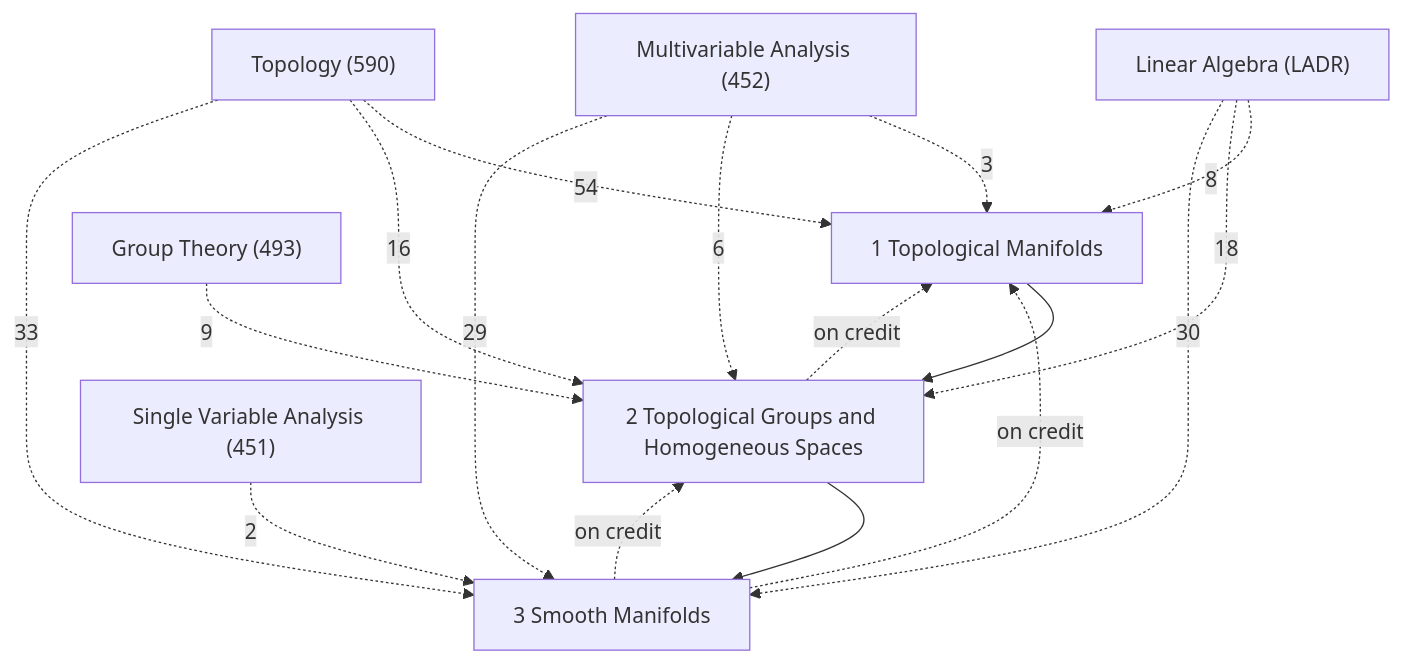
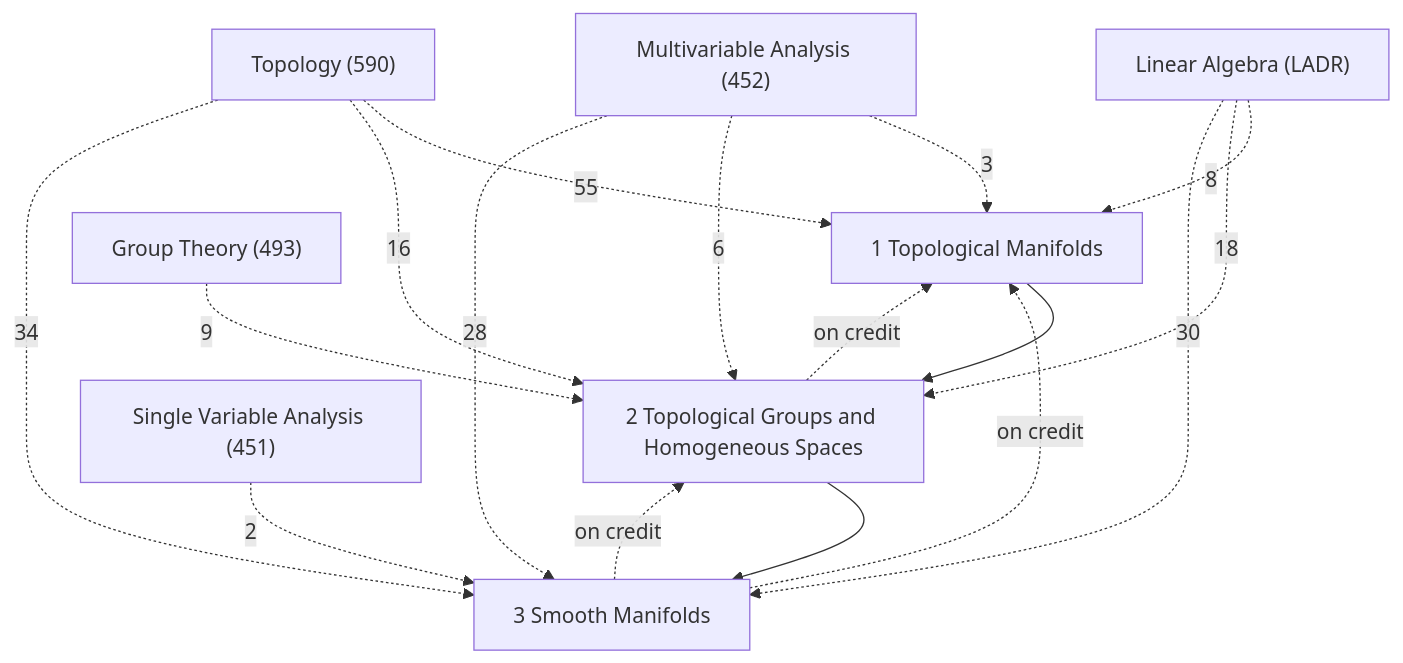
One commit to Onion20040508/notes changed the diagram in Math/Differentiable Manifolds/Differentiable Manifolds.md. Above: the diagram before and after it, drawn with Mermaid. The commit also changed other lines of this file and 276 other files, not shown here.

````diff
--- a/Math/Differentiable Manifolds/Differentiable Manifolds.md
+++ b/Math/Differentiable Manifolds/Differentiable Manifolds.md
@@ -27,27 +27,27 @@
 ```mermaid
 graph TD
   C1["1 Topological Manifolds"]
   C2["2 Topological Groups and Homogeneous Spaces"]
   C3["3 Smooth Manifolds"]
   X1["Topology (590)"]
   X2["Multivariable Analysis (452)"]
   X3["Linear Algebra (LADR)"]
   X4["Group Theory (493)"]
   X5["Single Variable Analysis (451)"]
   C1 --> C2
   C2 --> C3
   C2 -.->|on credit| C1
   C3 -.->|on credit| C1
   C3 -.->|on credit| C2
   X4 -.->|9| C2
   X3 -.->|8| C1
   X3 -.->|18| C2
   X3 -.->|30| C3
   X2 -.->|3| C1
   X2 -.->|6| C2
-  X2 -.->|29| C3
+  X2 -.->|28| C3
   X5 -.->|2| C3
-  X1 -.->|54| C1
+  X1 -.->|55| C1
   X1 -.->|16| C2
-  X1 -.->|33| C3
+  X1 -.->|34| C3
 ```
````
